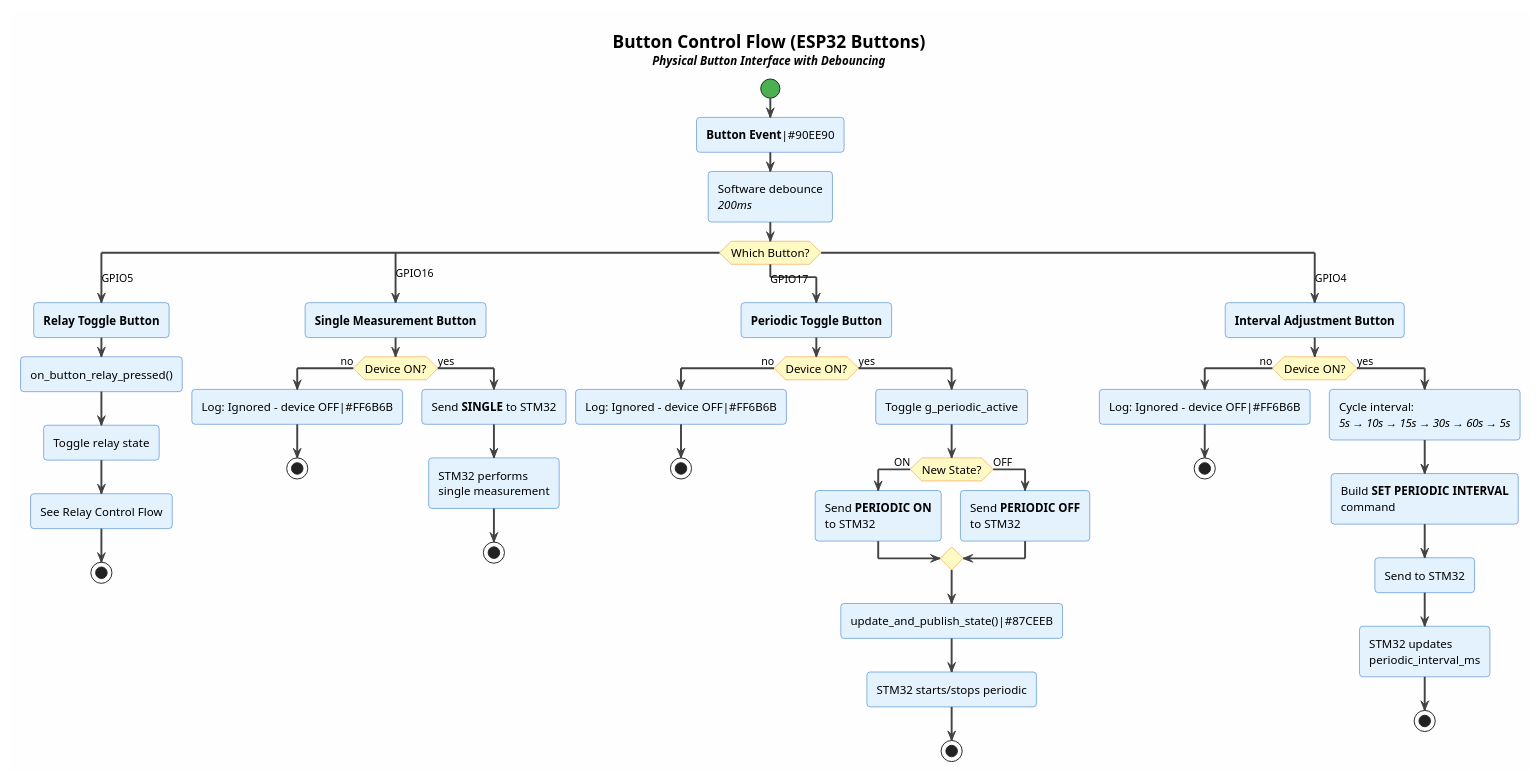
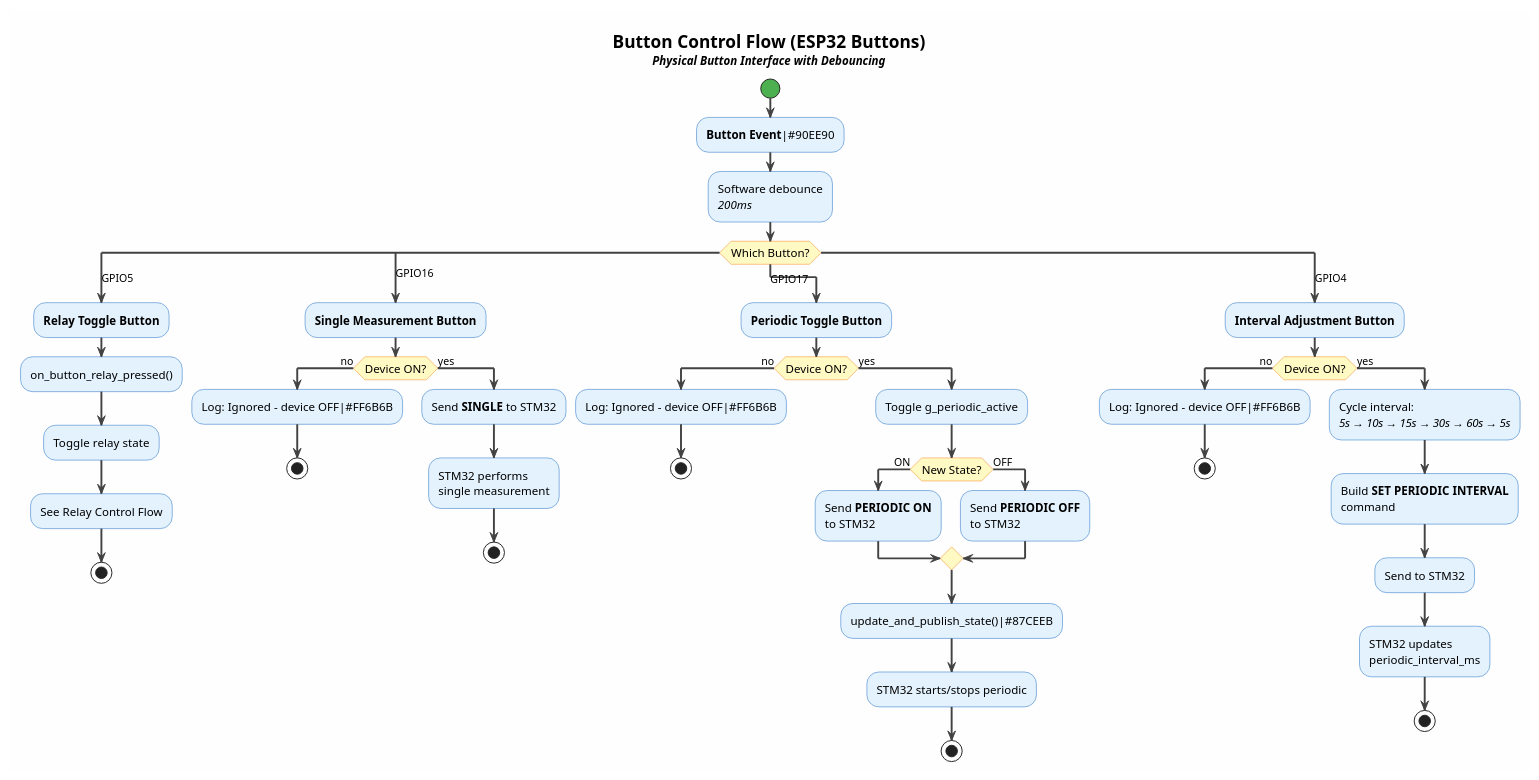
The diagram in documents/firmware/diagrams/flow_diagrams/Button_Control_Flow.puml (meeTeam05/datalogger), drawn with PlantUML before and after one commit. The commit also changed 15 other files, not shown here.

Commit message:
fix(docs): refactor UML and flow diagrams by removing vibrant theme and adding new diagrams for memory resource management, system class diagram, and lifecycle state machine. Update README to reflect new documentation structure and content.

```diff
--- a/documents/firmware/diagrams/flow_diagrams/Button_Control_Flow.puml
+++ b/documents/firmware/diagrams/flow_diagrams/Button_Control_Flow.puml
@@ -1,89 +1,88 @@
 @startuml Button_Control_Flow
-!theme vibrant
 skinparam backgroundColor #FEFEFE
 skinparam shadowing false
 skinparam activity {
     BackgroundColor #E3F2FD
     BorderColor #1565C0
     StartColor #4CAF50
     EndColor #F44336
     DiamondBackgroundColor #FFF9C4
     DiamondBorderColor #F57F17
     FontSize 12
     FontName Arial
     ArrowColor #424242
     ArrowThickness 2
 }
 
 title <size:18><b>Button Control Flow (ESP32 Buttons)</b></size>\n<size:12><i>Physical Button Interface with Debouncing</i></size>
 
 start
 
 :<b>Button Event</b>|#90EE90;
 :Software debounce
 <i>200ms</i>;
 
 switch (Which Button?)
 
 case (GPIO5)
     :<b>Relay Toggle Button</b>;
     :on_button_relay_pressed();
     :Toggle relay state;
     :See Relay Control Flow;
     stop
 
 case (GPIO16)
     :<b>Single Measurement Button</b>;
     
     if (Device ON?) then (no)
         :Log: Ignored - device OFF|#FF6B6B;
         stop
     else (yes)
         :Send <b>SINGLE</b> to STM32;
         :STM32 performs
         single measurement;
         stop
     endif
 
 case (GPIO17)
     :<b>Periodic Toggle Button</b>;
     
     if (Device ON?) then (no)
         :Log: Ignored - device OFF|#FF6B6B;
         stop
     else (yes)
         :Toggle g_periodic_active;
         
         if (New State?) then (ON)
             :Send <b>PERIODIC ON</b>
             to STM32;
         else (OFF)
             :Send <b>PERIODIC OFF</b>
             to STM32;
         endif
         
         :update_and_publish_state()|#87CEEB;
         :STM32 starts/stops periodic;
         stop
     endif
 
 case (GPIO4)
     :<b>Interval Adjustment Button</b>;
     
     if (Device ON?) then (no)
         :Log: Ignored - device OFF|#FF6B6B;
         stop
     else (yes)
         :Cycle interval:
         <i>5s → 10s → 15s → 30s → 60s → 5s</i>;
         :Build <b>SET PERIODIC INTERVAL</b>
         command;
         :Send to STM32;
         :STM32 updates
         periodic_interval_ms;
         stop
     endif
 
 endswitch
 
 @enduml
```
